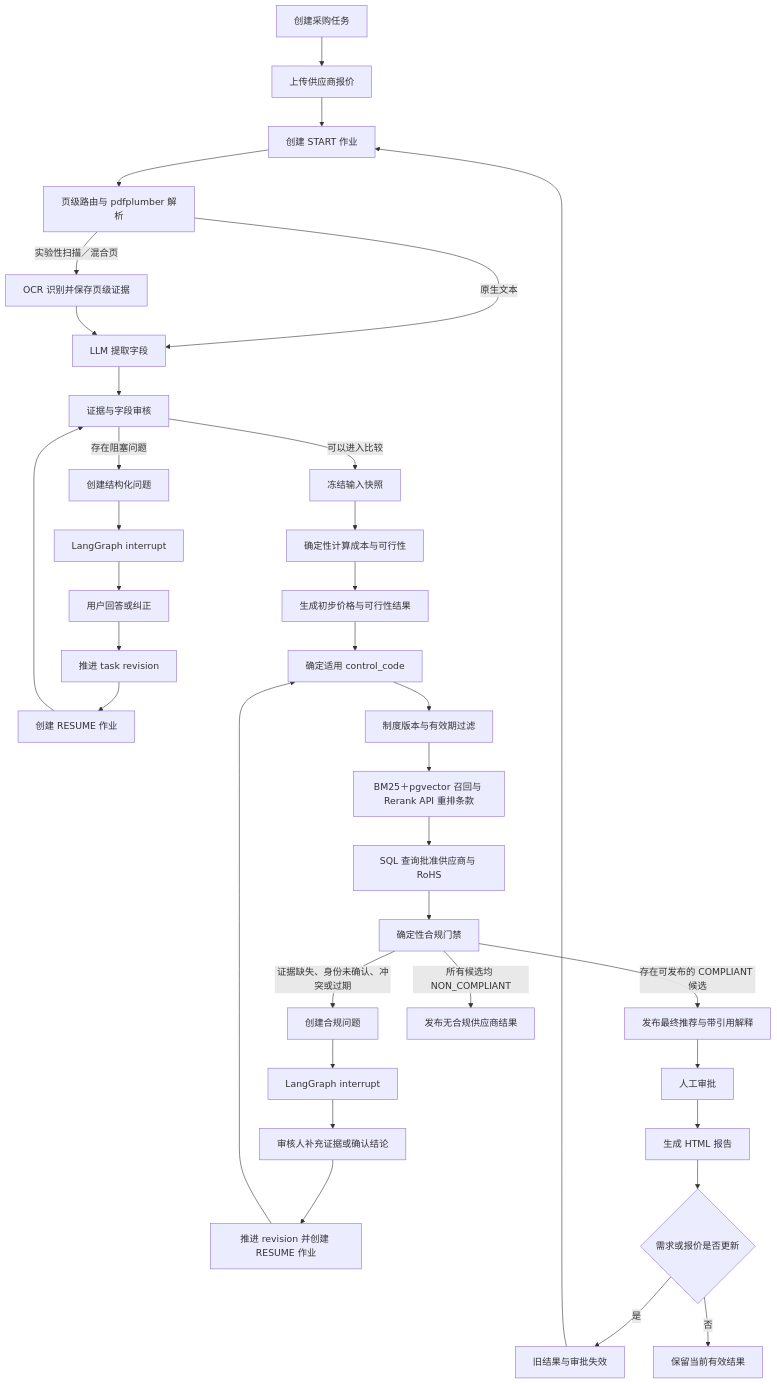
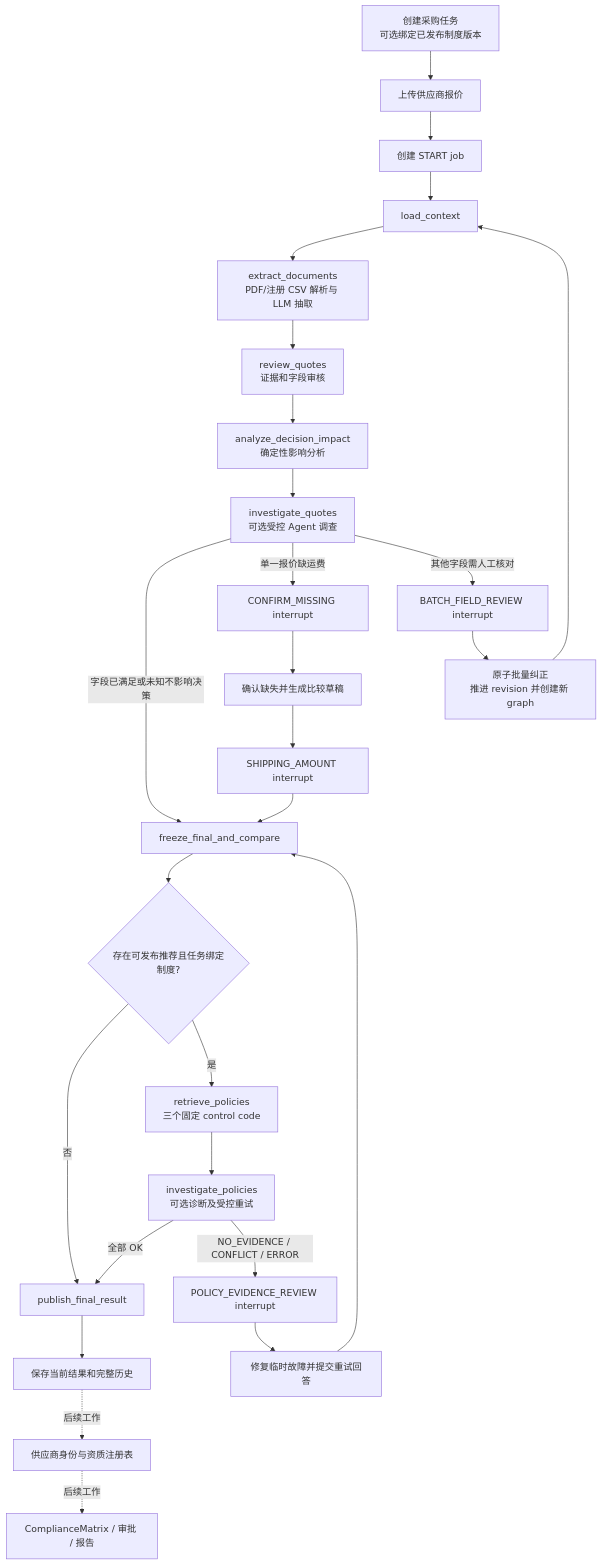
One commit to daydreamer17/Team-QQFARM changed the diagram in docs/WORKFLOW.md. Above: the diagram before and after it, drawn with Mermaid. The commit also changed other lines of this file, not shown here.

````diff
--- a/docs/WORKFLOW.md
+++ b/docs/WORKFLOW.md
@@ -17,42 +22,33 @@
 ```mermaid
 flowchart TD
-    A[创建采购任务] --> B[上传供应商报价]
-    B --> C[创建 START 作业]
-    C --> D[页级路由与 pdfplumber 解析]
-    D -->|原生文本| E[LLM 提取字段]
-    D -->|实验性扫描／混合页| D1[OCR 识别并保存页级证据]
-    D1 --> E
-    E --> F[证据与字段审核]
+    A[创建采购任务<br/>可选绑定已发布制度版本] --> B[上传供应商报价]
+    B --> C[创建 START job]
+    C --> D[load_context]
+    D --> E[extract_documents<br/>PDF/注册 CSV 解析与 LLM 抽取]
+    E --> F[review_quotes<br/>证据和字段审核]
+    F --> G[analyze_decision_impact<br/>确定性影响分析]
+    G --> H[investigate_quotes<br/>可选受控 Agent 调查]
 
-    F -->|存在阻塞问题| G[创建结构化问题]
-    G --> H[LangGraph interrupt]
-    H --> I[用户回答或纠正]
-    I --> J[推进 task revision]
-    J --> K[创建 RESUME 作业]
-    K --> F
+    H -->|字段已满足或未知不影响决策| N[freeze_final_and_compare]
+    H -->|单一报价缺运费| I[CONFIRM_MISSING interrupt]
+    I --> J[确认缺失并生成比较草稿]
+    J --> K[SHIPPING_AMOUNT interrupt]
+    K --> N
+    H -->|其他字段需人工核对| L[BATCH_FIELD_REVIEW interrupt]
+    L --> M[原子批量纠正<br/>推进 revision 并创建新 graph]
+    M --> D
 
-    F -->|可以进入比较| L[冻结输入快照]
-    L --> M[确定性计算成本与可行性]
-    M --> N[生成初步价格与可行性结果]
+    N --> O{存在可发布推荐且任务绑定制度?}
+    O -->|否| T[publish_final_result]
+    O -->|是| P[retrieve_policies<br/>三个固定 control code]
+    P --> Q[investigate_policies<br/>可选诊断及受控重试]
+    Q -->|全部 OK| T
+    Q -->|NO_EVIDENCE / CONFLICT / ERROR| R[POLICY_EVIDENCE_REVIEW interrupt]
+    R --> S[修复临时故障并提交重试回答]
+    S --> N
 
-    N --> O[确定适用 control_code]
-    O --> P[制度版本与有效期过滤]
-    P --> Q[BM25＋pgvector 召回与 Rerank API 重排条款]
-    Q --> R[SQL 查询批准供应商与 RoHS]
-    R --> R1[确定性合规门禁]
-    R1 -->|证据缺失、身份未确认、冲突或过期| R3[创建合规问题]
-    R3 --> R4[LangGraph interrupt]
-    R4 --> R5[审核人补充证据或确认结论]
-    R5 --> R6[推进 revision 并创建 RESUME 作业]
-    R6 --> O
-    R1 -->|存在可发布的 COMPLIANT 候选| R2[发布最终推荐与带引用解释]
-    R1 -->|所有候选均 NON_COMPLIANT| R7[发布无合规供应商结果]
+    T --> U[保存当前结果和完整历史]
 
-    R2 --> S[人工审批]
-    S --> T[生成 HTML 报告]
-
-    T --> U{需求或报价是否更新}
-    U -->|是| V[旧结果与审批失效]
-    V --> C
-    U -->|否| W[保留当前有效结果]
+    U -. 后续工作 .-> V[供应商身份与资质注册表]
+    V -. 后续工作 .-> W[ComplianceMatrix / 审批 / 报告]
 ```
````
